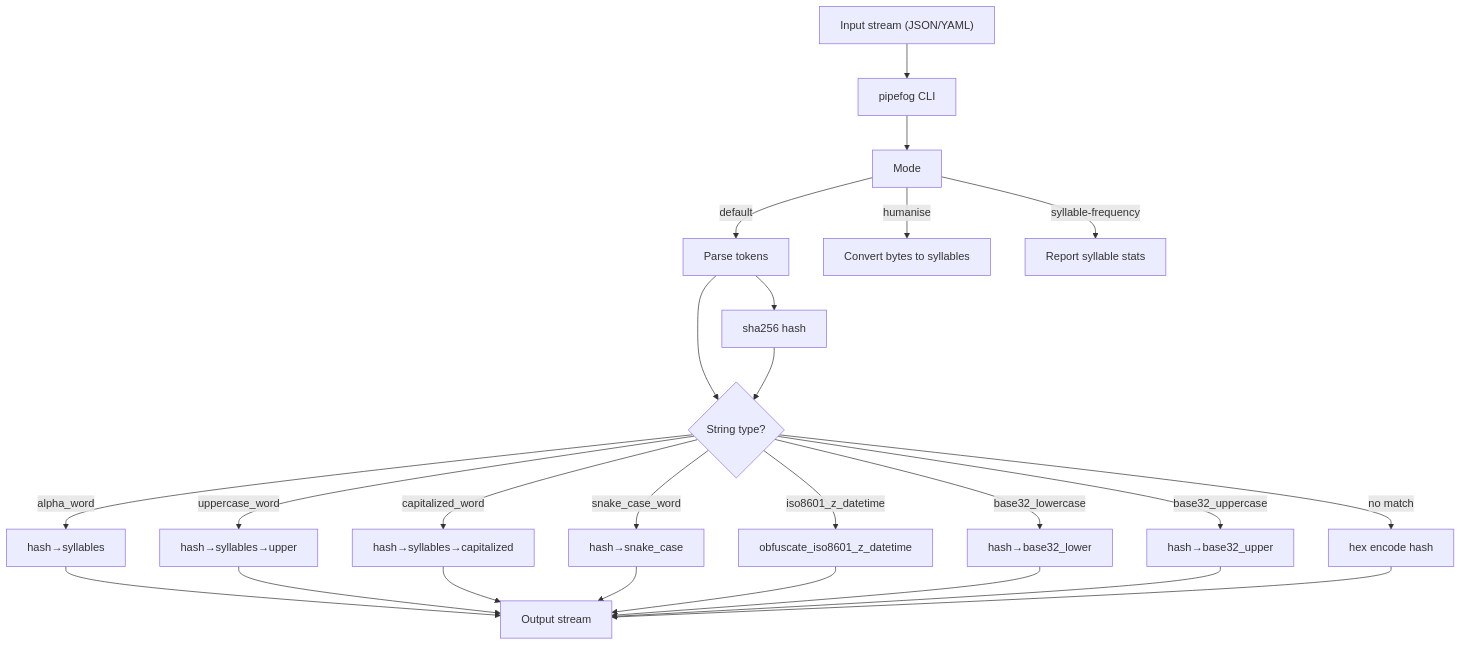
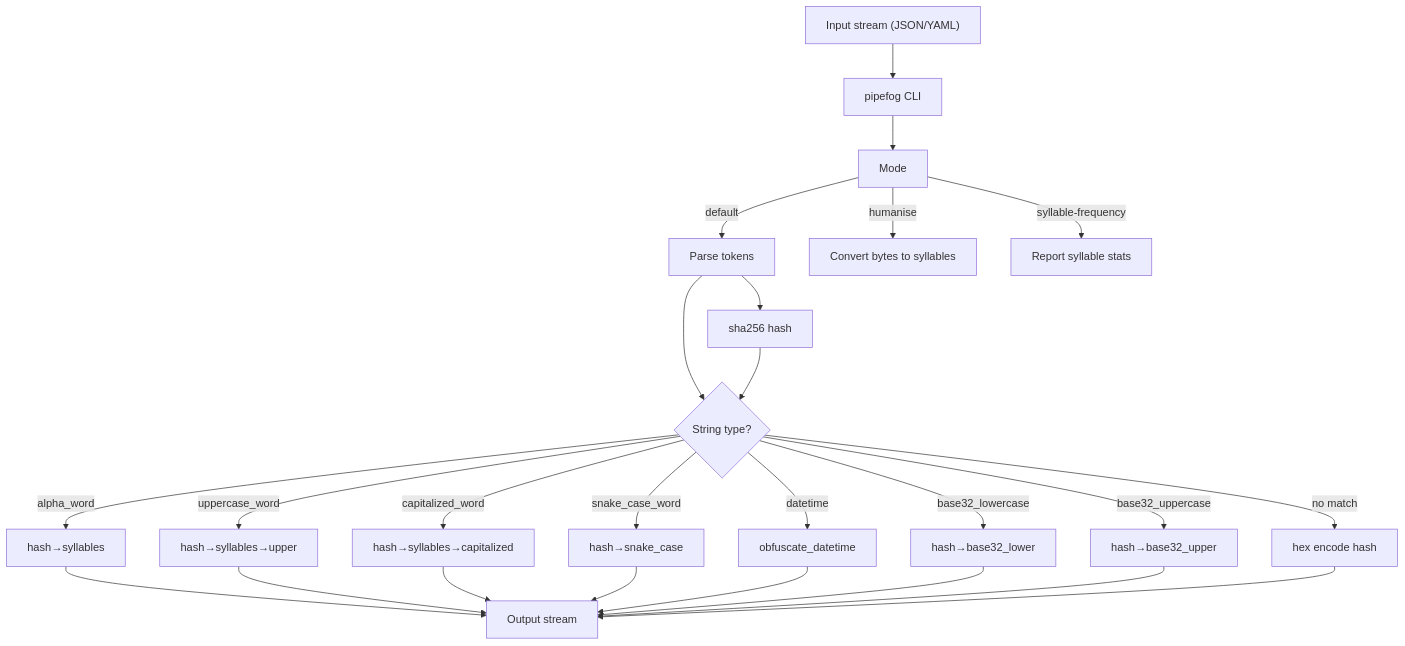
Before and after one commit to renatgalimov/pipefog: the diagram in README.md, drawn with Mermaid. The commit also changed other lines of this file, not shown here.

Commit message:
Document supported datetime formats

````diff
--- a/README.md
+++ b/README.md
@@ -56,27 +63,27 @@
 ```mermaid
 graph TD
     A["Input stream (JSON/YAML)"] --> B["pipefog CLI"]
     B --> C["Mode"]
     C -->|default| D1["Parse tokens"]
     D1 --> H0["sha256 hash"]
     D1 --> D2{String type?}
     H0 --> D2
     D2 -->|alpha_word| H1["hash→syllables"]
     D2 -->|uppercase_word| H2["hash→syllables→upper"]
     D2 -->|capitalized_word| H3["hash→syllables→capitalized"]
     D2 -->|snake_case_word| H4["hash→snake_case"]
-    D2 -->|iso8601_z_datetime| H5["obfuscate_iso8601_z_datetime"]
+    D2 -->|datetime| H5["obfuscate_datetime"]
     D2 -->|base32_lowercase| H6["hash→base32_lower"]
     D2 -->|base32_uppercase| H7["hash→base32_upper"]
     D2 -->|no match| H8["hex encode hash"]
     H1 --> E["Output stream"]
     H2 --> E
     H3 --> E
     H4 --> E
     H5 --> E
     H6 --> E
     H7 --> E
     H8 --> E
     C -->|humanise| F["Convert bytes to syllables"]
     C -->|syllable-frequency| G["Report syllable stats"]
 ```
````
